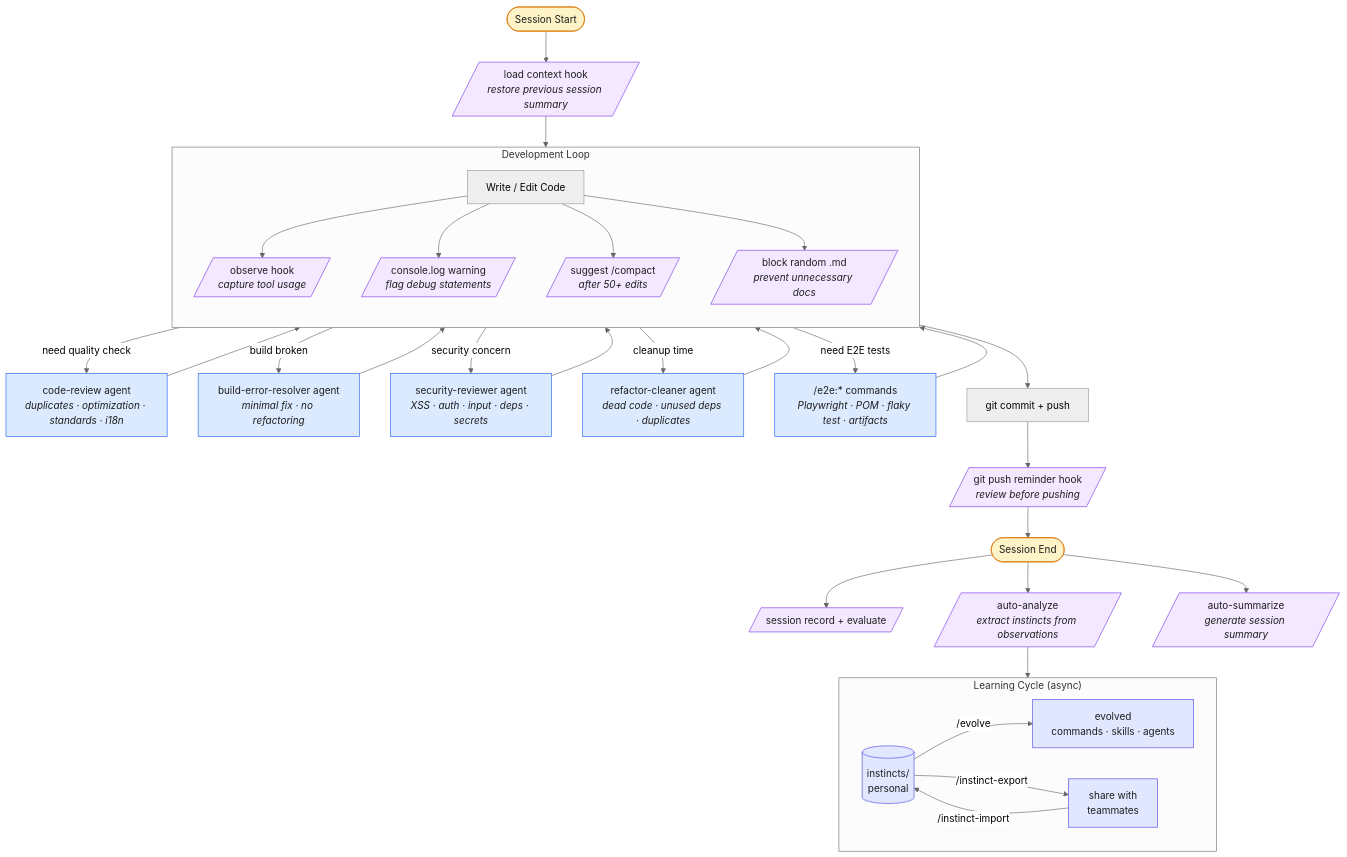
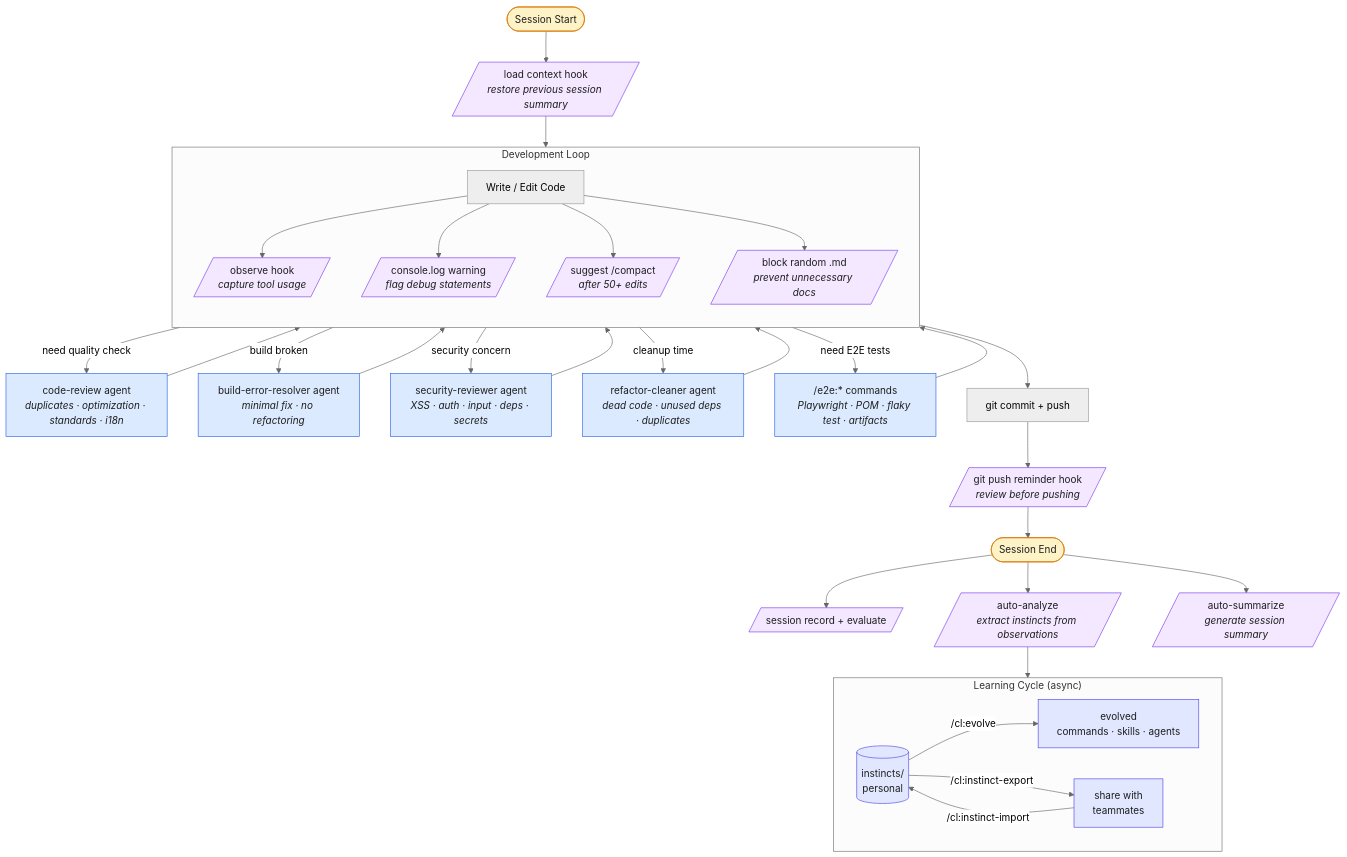
The diagram in README.md (ClayLeee/my-everything-claude-code), drawn with Mermaid (neutral theme) before and after one commit. The commit also changed other lines of this file and 81 other files, not shown here.

````diff
--- a/README.md
+++ b/README.md
@@ -54,58 +66,58 @@
 ```mermaid
 flowchart TD
     %% ── Session Start ──
     START([Session Start]) --> LOAD[/"load context hook<br><i>restore previous session summary</i>"/]
     LOAD --> DEV
 
     %% ── Development Loop ──
     subgraph DEV ["Development Loop"]
         direction TB
         CODE["Write / Edit Code"] --> OBSERVE[/"observe hook<br><i>capture tool usage</i>"/]
         CODE --> CONSOLE[/"console.log warning<br><i>flag debug statements</i>"/]
         CODE --> COMPACT[/"suggest /compact<br><i>after 50+ edits</i>"/]
         CODE --> BLOCK[/"block random .md<br><i>prevent unnecessary docs</i>"/]
     end
 
     %% ── On-Demand Agents ──
     DEV --> |"need quality check"| REVIEW["code-review agent<br><i>duplicates · optimization · standards · i18n</i>"]
     DEV --> |"build broken"| BUILD["build-error-resolver agent<br><i>minimal fix · no refactoring</i>"]
     DEV --> |"security concern"| SEC["security-reviewer agent<br><i>XSS · auth · input · deps · secrets</i>"]
     DEV --> |"cleanup time"| CLEAN["refactor-cleaner agent<br><i>dead code · unused deps · duplicates</i>"]
     DEV --> |"need E2E tests"| E2E["/e2e:* commands<br><i>Playwright · POM · flaky test · artifacts</i>"]
     REVIEW --> DEV
     BUILD --> DEV
     SEC --> DEV
     CLEAN --> DEV
     E2E --> DEV
 
     %% ── Commit ──
     DEV --> COMMIT["git commit + push"]
     COMMIT --> PUSH[/"git push reminder hook<br><i>review before pushing</i>"/]
 
     %% ── Session End ──
     PUSH --> END([Session End])
     END --> RECORD[/"session record + evaluate"/]
     END --> ANALYZE[/"auto-analyze<br><i>extract instincts from observations</i>"/]
     END --> SUMMARIZE[/"auto-summarize<br><i>generate session summary</i>"/]
 
     %% ── Learning Cycle ──
     ANALYZE --> INSTINCTS[("instincts/<br>personal")]
     subgraph LEARNING ["Learning Cycle  (async)"]
         direction LR
-        INSTINCTS --> |"/evolve"| EVOLVED["evolved<br>commands · skills · agents"]
-        INSTINCTS --> |"/instinct-export"| SHARE["share with<br>teammates"]
-        SHARE --> |"/instinct-import"| INSTINCTS
+        INSTINCTS --> |"/cl:evolve"| EVOLVED["evolved<br>commands · skills · agents"]
+        INSTINCTS --> |"/cl:instinct-export"| SHARE["share with<br>teammates"]
+        SHARE --> |"/cl:instinct-import"| INSTINCTS
     end
 
     %% ── Styles ──
     classDef hook fill:#f3e8ff,stroke:#7c3aed,color:#1e1e1e
     classDef agent fill:#dbeafe,stroke:#2563eb,color:#1e1e1e
     classDef command fill:#dcfce7,stroke:#16a34a,color:#1e1e1e
     classDef phase fill:#fef3c7,stroke:#d97706,color:#1e1e1e
     classDef store fill:#e0e7ff,stroke:#4f46e5,color:#1e1e1e
 
     class LOAD,OBSERVE,CONSOLE,COMPACT,BLOCK,PUSH,RECORD,ANALYZE,SUMMARIZE hook
     class REVIEW,BUILD,SEC,CLEAN,E2E agent
     class START,END phase
     class INSTINCTS,EVOLVED,SHARE store
 ```
````
